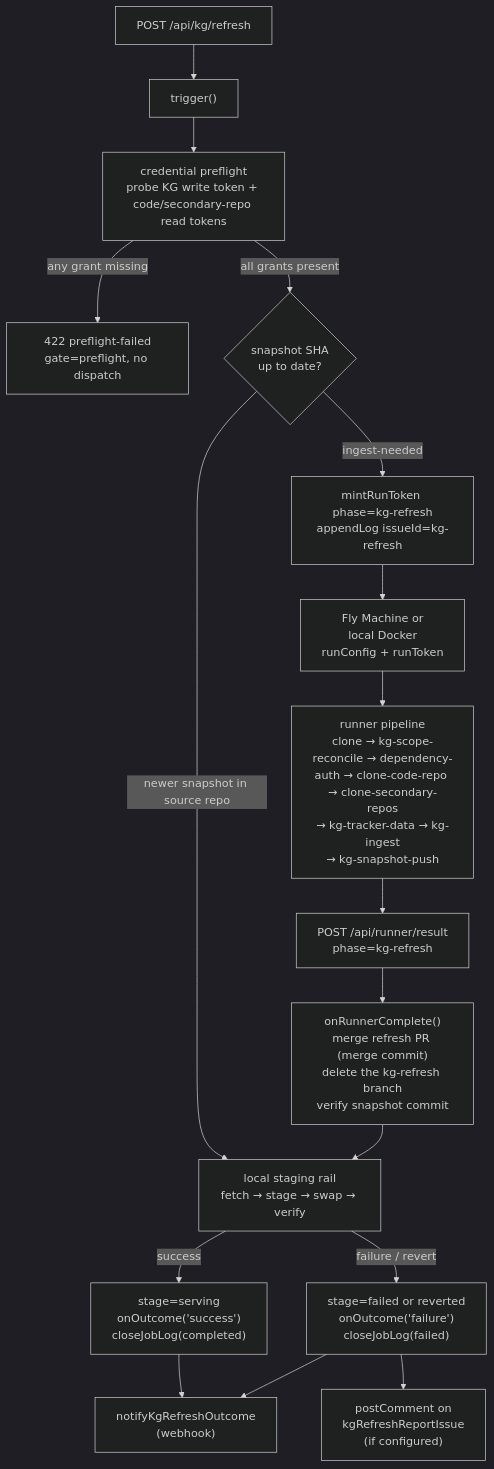
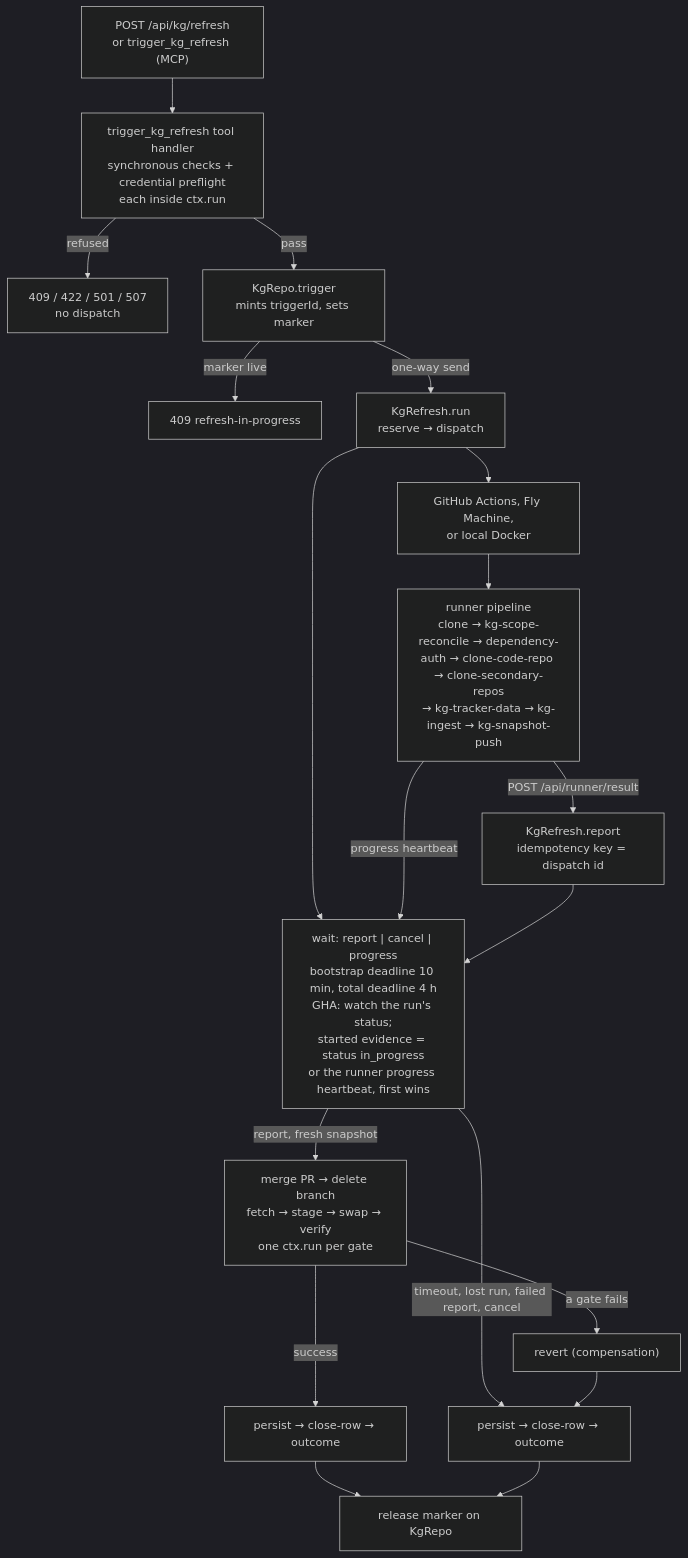
Before and after one commit to BuildDownAI/AI-Implement: the diagram in docs/issueless-runs.md, drawn with Mermaid (dark theme). The commit also changed other lines of this file and 224 other files, not shown here.

Commit message:
AII-959: Select agent executors from the run snapshot

````diff
--- a/docs/issueless-runs.md
+++ b/docs/issueless-runs.md
@@ -25,19 +25,21 @@
 ```mermaid
 flowchart TD
-    A["POST /api/kg/refresh"] --> B["trigger()"]
-    B --> PF["credential preflight\nprobe KG write token + code/secondary-repo read tokens"]
-    PF -->|"any grant missing"| PFF["422 preflight-failed\ngate=preflight, no dispatch"]
-    PF -->|"all grants present"| C{"snapshot SHA\nup to date?"}
-    C -->|"newer snapshot in source repo"| H["local staging rail\nfetch → stage → swap → verify"]
-    C -->|"ingest-needed"| D["mintRunToken phase=kg-refresh\nappendLog issueId=kg-refresh"]
-    D --> E["Fly Machine or\nlocal Docker\nrunConfig + runToken"]
-    E --> F["runner pipeline\nclone → kg-scope-reconcile → dependency-auth → clone-code-repo → clone-secondary-repos\n→ kg-tracker-data → kg-ingest\n→ kg-snapshot-push"]
-    F --> G["POST /api/runner/result\nphase=kg-refresh"]
-    G --> I["onRunnerComplete()\nmerge refresh PR (merge commit)\ndelete the kg-refresh branch\nverify snapshot commit"]
-    I --> H
-    H -->|"success"| J["stage=serving\nonOutcome('success')\ncloseJobLog(completed)"]
-    H -->|"failure / revert"| K["stage=failed or reverted\nonOutcome('failure')\ncloseJobLog(failed)"]
-    J --> L["notifyKgRefreshOutcome\n(webhook)"]
-    K --> L
-    K --> M["postComment on\nkgRefreshReportIssue\n(if configured)"]
+    A["POST /api/kg/refresh\nor trigger_kg_refresh (MCP)"] --> B["trigger_kg_refresh tool handler\nsynchronous checks + credential preflight\neach inside ctx.run"]
+    B -->|"refused"| R["409 / 422 / 501 / 507\nno dispatch"]
+    B -->|"pass"| O["KgRepo.trigger\nmints triggerId, sets marker"]
+    O -->|"marker live"| O2["409 refresh-in-progress"]
+    O -->|"one-way send"| W["KgRefresh.run\nreserve → dispatch"]
+    W --> E["GitHub Actions, Fly Machine,\nor local Docker"]
+    E --> F["runner pipeline\nclone → kg-scope-reconcile → dependency-auth → clone-code-repo → clone-secondary-repos\n→ kg-tracker-data → kg-ingest → kg-snapshot-push"]
+    W --> T["wait: report | cancel | progress\nbootstrap deadline 10 min, total deadline 4 h\nGHA: watch the run's status;\nstarted evidence = status in_progress\nor the runner progress heartbeat, first wins"]
+    F -->|"progress heartbeat"| T
+    F -->|"POST /api/runner/result"| G["KgRefresh.report\nidempotency key = dispatch id"]
+    G --> T
+    T -->|"report, fresh snapshot"| I["merge PR → delete branch\nfetch → stage → swap → verify\none ctx.run per gate"]
+    T -->|"timeout, lost run, failed report, cancel"| K["persist → close-row → outcome"]
+    I -->|"a gate fails"| V["revert (compensation)"]
+    V --> K
+    I -->|"success"| J["persist → close-row → outcome"]
+    J --> Z["release marker on KgRepo"]
+    K --> Z
 ```
````
